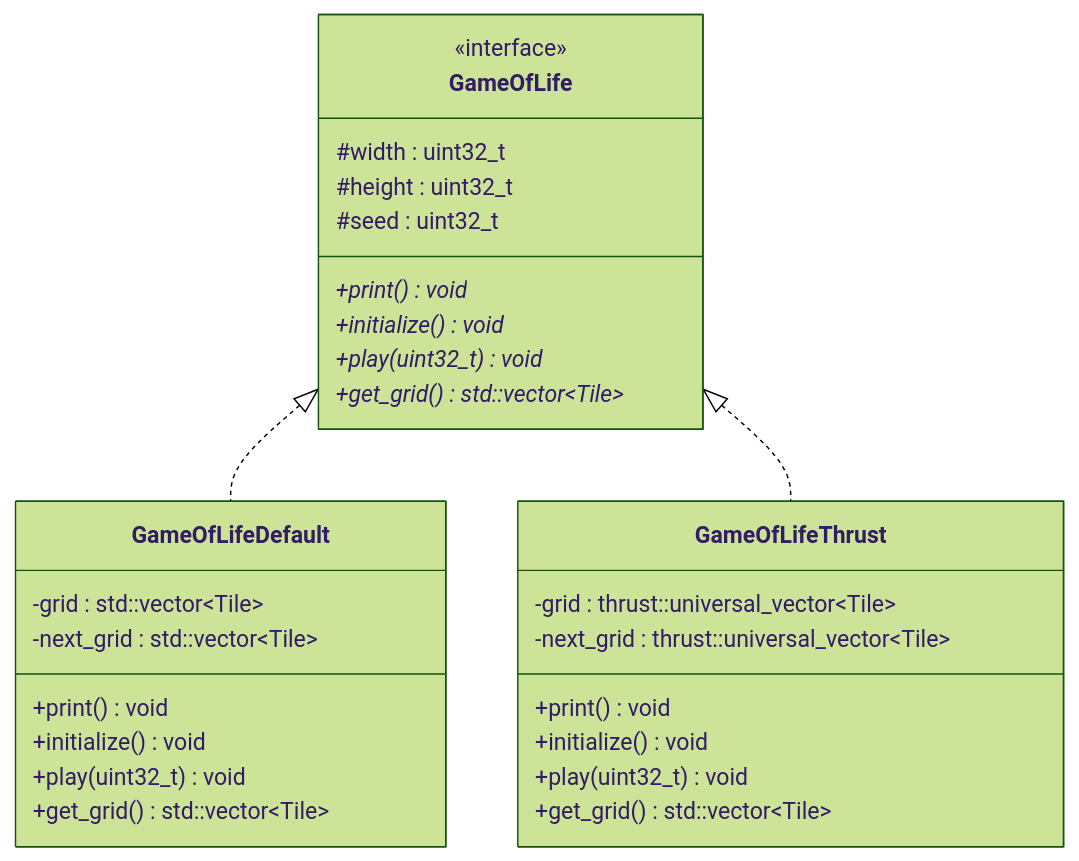
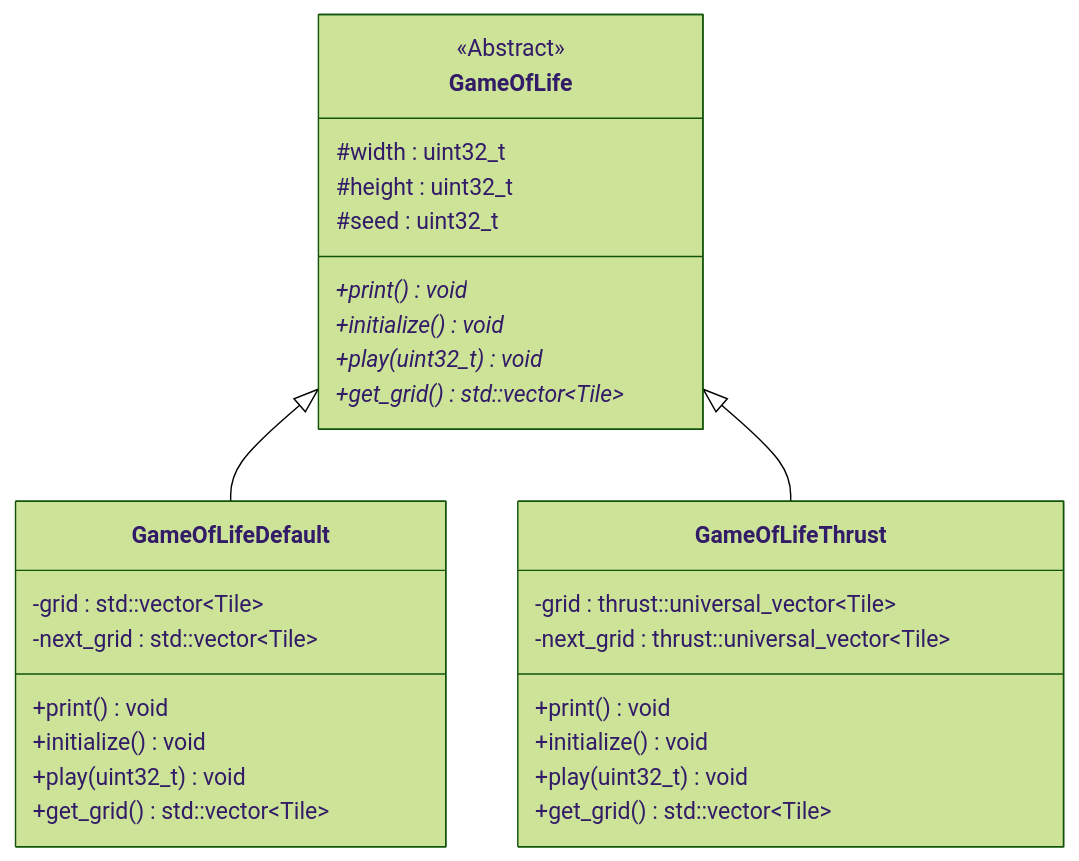
One commit to nikaltipar/game-of-life-cuda changed the diagram in README.md. Above: the diagram before and after it, drawn with Mermaid (forest theme).

Commit message:
Move diagram to abstract class notation (#1)
GameOfLife has state, therefore switch the diagram to showing it as
abstract class with inheritance instead of interface with
implementation.

````diff
--- a/README.md
+++ b/README.md
@@ -6,34 +6,34 @@
 ```mermaid
 classDiagram
     class GameOfLife {
-        <<interface>>
+        <<Abstract>>
         #width : uint32_t
         #height : uint32_t
         #seed : uint32_t
         +print() void*
         +initialize() void*
         +play(uint32_t) void*
         +get_grid() std::vector~Tile~*
     }
 
     class GameOfLifeDefault {
         -grid : std::vector~Tile~
         -next_grid : std::vector~Tile~
         +print() void
         +initialize() void
         +play(uint32_t) void
         +get_grid() std::vector~Tile~
     }
 
     class GameOfLifeThrust {
         -grid : thrust::universal_vector~Tile~
         -next_grid : thrust::universal_vector~Tile~
         +print() void
         +initialize() void
         +play(uint32_t) void
         +get_grid() std::vector~Tile~
     }
 
-    GameOfLife <|.. GameOfLifeDefault
-    GameOfLife <|.. GameOfLifeThrust
+    GameOfLife <|-- GameOfLifeDefault
+    GameOfLife <|-- GameOfLifeThrust
 ```
````
